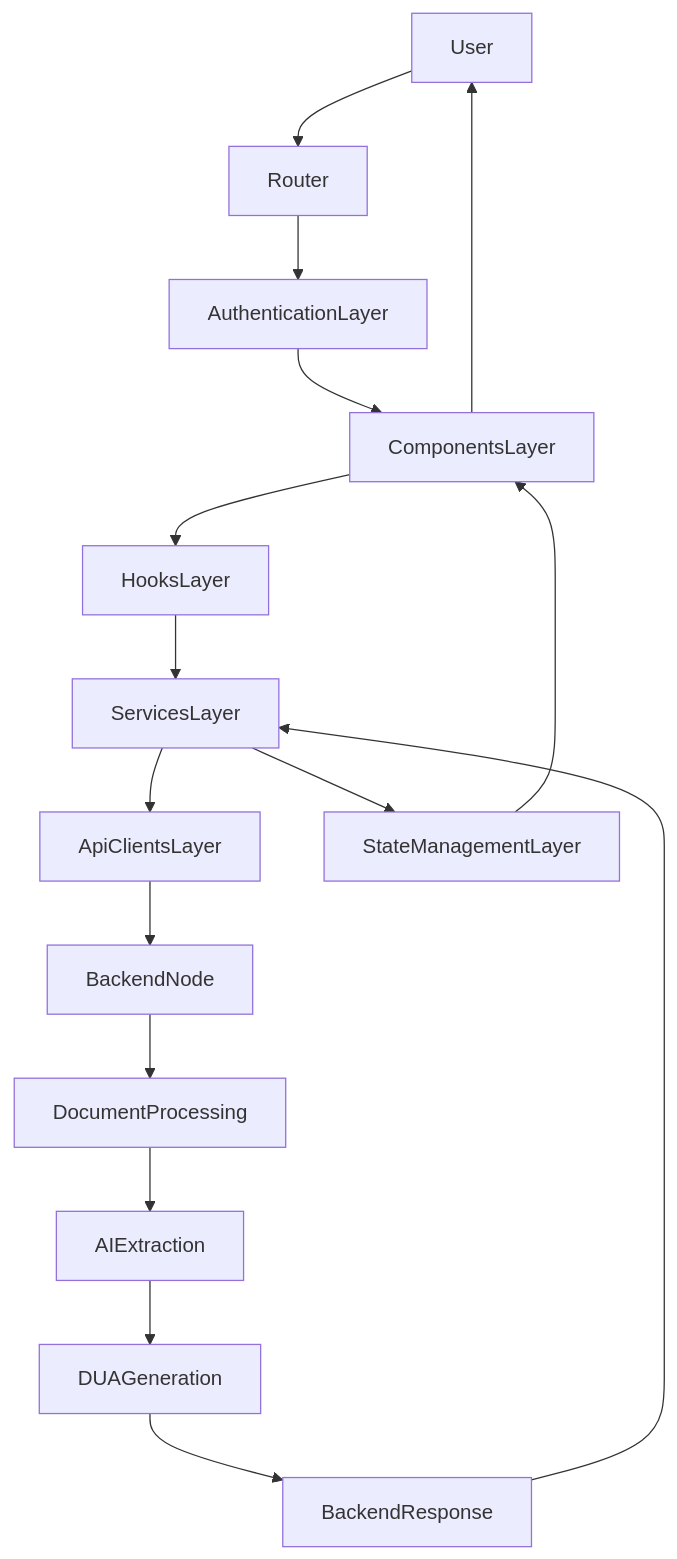
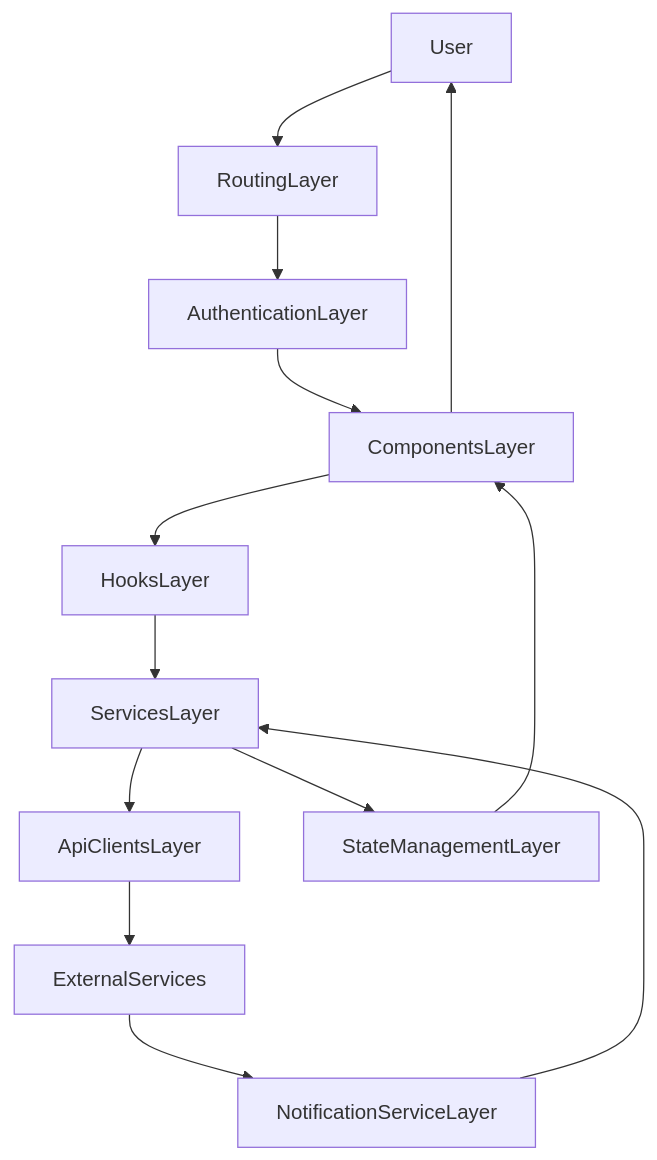
One commit to chris124v/DUA_StreamLiner changed the diagram in README.md. Above: the diagram before and after it, drawn with Mermaid. The commit also changed other lines of this file and 30 other files, not shown here.

````diff
--- a/README.md
+++ b/README.md
@@ -426,24 +424,21 @@
 ```mermaid
 flowchart TD
 
-User --> Router
-Router --> AuthenticationLayer
+User --> RoutingLayer
+RoutingLayer --> AuthenticationLayer
 AuthenticationLayer --> ComponentsLayer
 
 ComponentsLayer --> HooksLayer
 HooksLayer --> ServicesLayer
 
 ServicesLayer --> ApiClientsLayer
-ApiClientsLayer --> BackendNode
+ApiClientsLayer --> ExternalServices
 
-BackendNode --> DocumentProcessing
-DocumentProcessing --> AIExtraction
-AIExtraction --> DUAGeneration
+ExternalServices --> NotificationServiceLayer
 
-DUAGeneration --> BackendResponse
-
-BackendResponse --> ServicesLayer
+NotificationServiceLayer --> ServicesLayer
 ServicesLayer --> StateManagementLayer
 StateManagementLayer --> ComponentsLayer
+
 ComponentsLayer --> User
 ```
````
